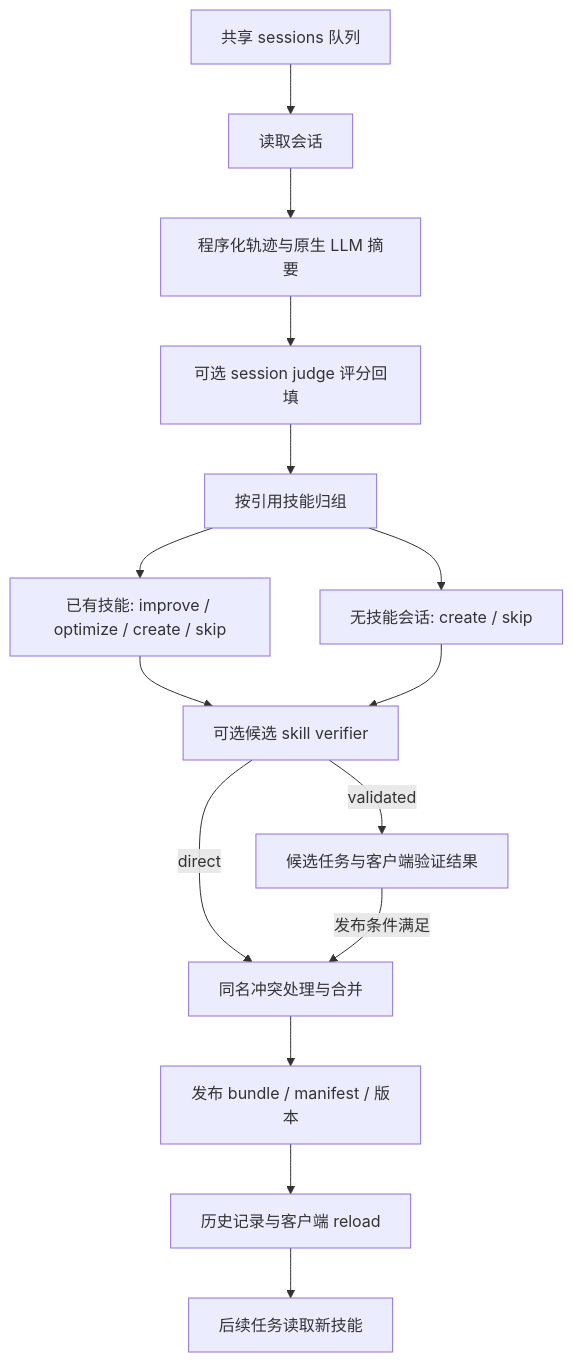
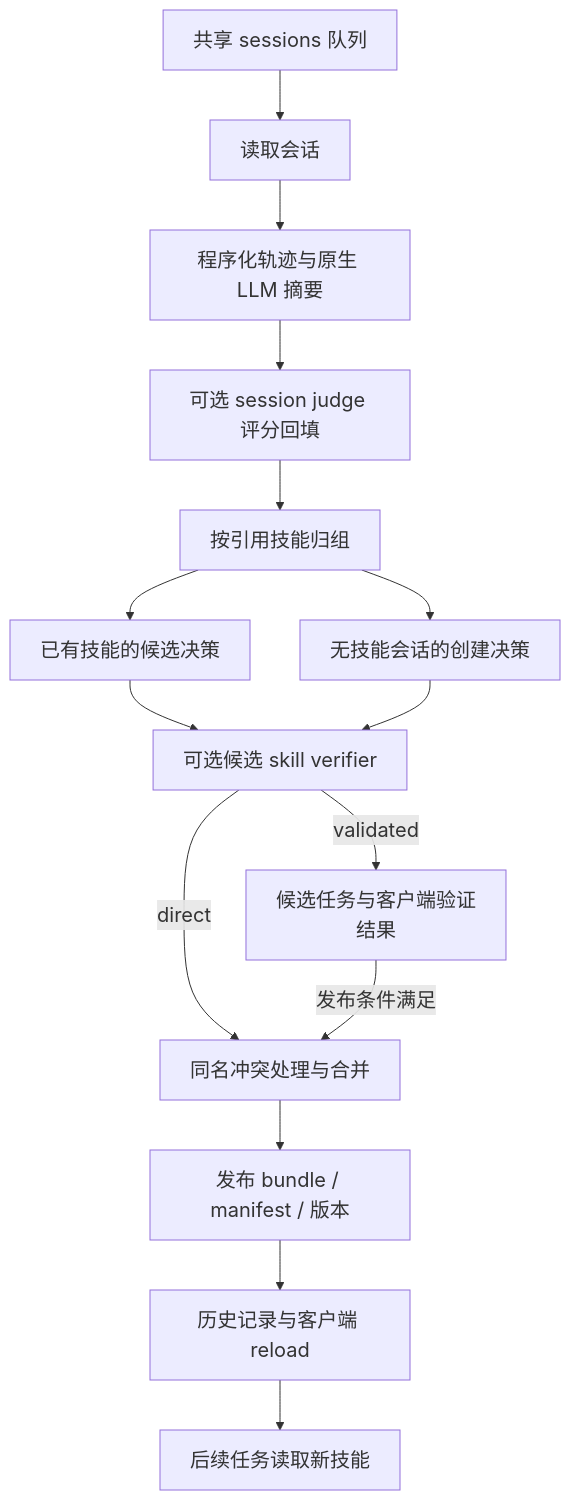
Before and after one commit to Cthloveross/Shared-Skill: the diagram in docs/architecture.md, drawn with Mermaid. The commit also changed other lines of this file and 2 other files, not shown here.

Commit message:
Explain multi-user skill lifecycle and enlarge architecture diagrams

````diff
--- a/docs/architecture.md
+++ b/docs/architecture.md
@@ -61,17 +95,18 @@
 ```mermaid
+%%{init: {"themeVariables": {"fontSize": "20px"}}}%%
 flowchart TD
     Q[共享 sessions 队列] --> D[读取会话]
     D --> T[程序化轨迹与原生 LLM 摘要]
     T --> J[可选 session judge 评分回填]
     J --> G[按引用技能归组]
-    G --> E[已有技能: improve / optimize / create / skip]
-    G --> N[无技能会话: create / skip]
+    G --> E[已有技能的候选决策]
+    G --> N[无技能会话的创建决策]
     E --> V[可选候选 skill verifier]
     N --> V
     V -->|direct| C[同名冲突处理与合并]
     V -->|validated| B[候选任务与客户端验证结果]
     B -->|发布条件满足| C
     C --> S[发布 bundle / manifest / 版本]
     S --> H[历史记录与客户端 reload]
     H --> K[后续任务读取新技能]
 ```
````
